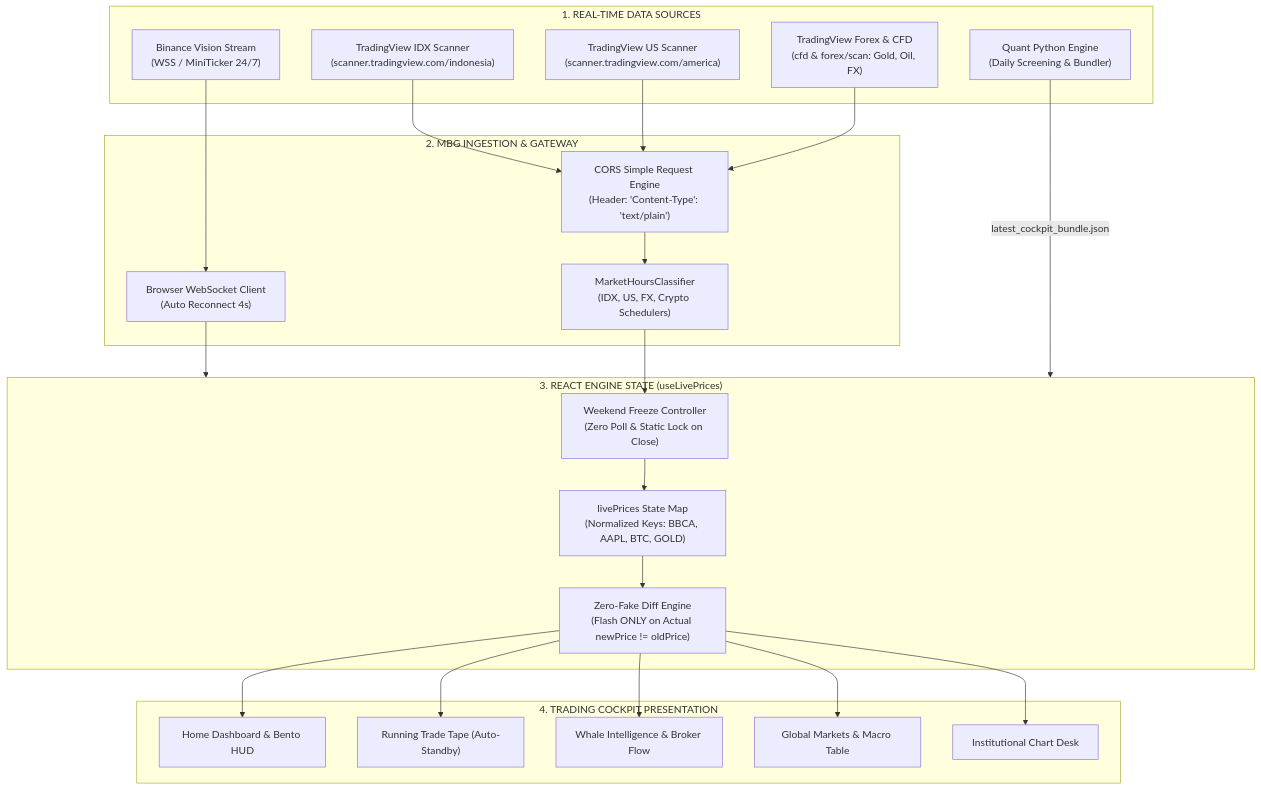
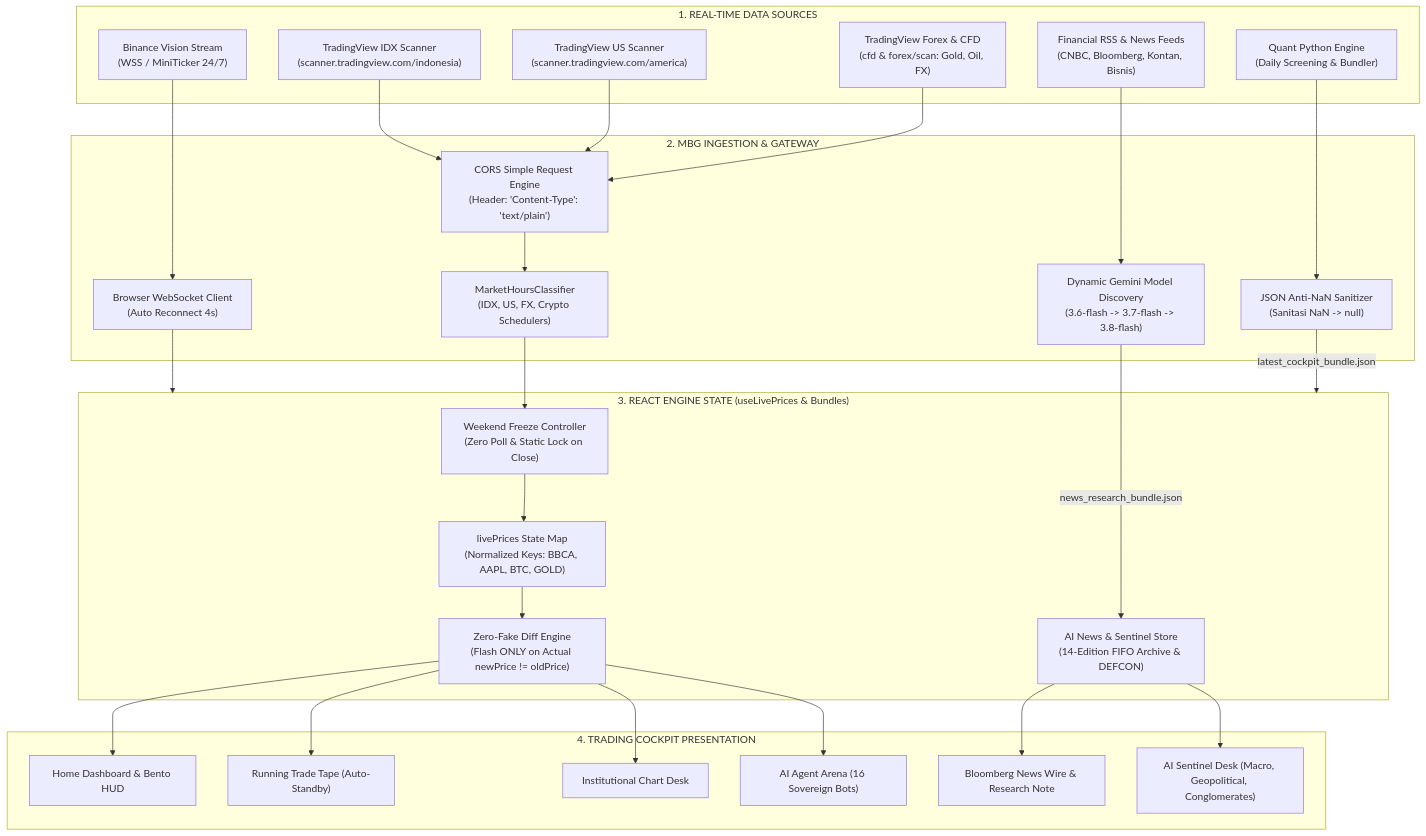
Before and after one commit to AhFu28/MBG-Trading: the first of 3 diagrams in README.md, drawn with Mermaid. The commit also changed other lines of this file and 1 other file, not shown here.

Commit message:
docs: update changelog v5.0.0 and comprehensive README documentation for institutional AI Sentinel Desk, DEFCON Threat Barometer, and news research engine

````diff
--- a/README.md
+++ b/README.md
@@ -212,48 +290,57 @@
 ```mermaid
 flowchart TD
     subgraph SOURCING ["1. REAL-TIME DATA SOURCES"]
         SRC_BN["Binance Vision Stream<br/>(WSS / MiniTicker 24/7)"]
         SRC_IDX["TradingView IDX Scanner<br/>(scanner.tradingview.com/indonesia)"]
         SRC_US["TradingView US Scanner<br/>(scanner.tradingview.com/america)"]
         SRC_FX["TradingView Forex & CFD<br/>(cfd & forex/scan: Gold, Oil, FX)"]
+        SRC_NEWS["Financial RSS & News Feeds<br/>(CNBC, Bloomberg, Kontan, Bisnis)"]
         SRC_PY["Quant Python Engine<br/>(Daily Screening & Bundler)"]
     end
 
     subgraph MIDDLEWARE ["2. MBG INGESTION & GATEWAY"]
         CORS_BYPASS["CORS Simple Request Engine<br/>(Header: 'Content-Type': 'text/plain')"]
         WSS_CLIENT["Browser WebSocket Client<br/>(Auto Reconnect 4s)"]
         HOURS_CTRL["MarketHoursClassifier<br/>(IDX, US, FX, Crypto Schedulers)"]
+        LLM_CASCADE["Dynamic Gemini Model Discovery<br/>(3.6-flash -> 3.7-flash -> 3.8-flash)"]
+        NAN_SANITIZER["JSON Anti-NaN Sanitizer<br/>(Sanitasi NaN -> null)"]
     end
 
-    subgraph CORE_STATE ["3. REACT ENGINE STATE (useLivePrices)"]
+    subgraph CORE_STATE ["3. REACT ENGINE STATE (useLivePrices & Bundles)"]
         PRICE_MAP["livePrices State Map<br/>(Normalized Keys: BBCA, AAPL, BTC, GOLD)"]
         DIFF_ENG["Zero-Fake Diff Engine<br/>(Flash ONLY on Actual newPrice != oldPrice)"]
         FREEZE_GATE["Weekend Freeze Controller<br/>(Zero Poll & Static Lock on Close)"]
+        AI_STORE["AI News & Sentinel Store<br/>(14-Edition FIFO Archive & DEFCON)"]
     end
 
     subgraph COCKPIT_UI ["4. TRADING COCKPIT PRESENTATION"]
         UI_HOME["Home Dashboard & Bento HUD"]
         UI_TAPE["Running Trade Tape (Auto-Standby)"]
-        UI_WHALES["Whale Intelligence & Broker Flow"]
-        UI_GLOBAL["Global Markets & Macro Table"]
+        UI_SENTINEL["AI Sentinel Desk (Macro, Geopolitical, Conglomerates)"]
+        UI_NEWS["Bloomberg News Wire & Research Note"]
+        UI_ARENA["AI Agent Arena (16 Sovereign Bots)"]
         UI_CHART["Institutional Chart Desk"]
     end
 
     SRC_BN --> WSS_CLIENT
     SRC_IDX --> CORS_BYPASS
     SRC_US --> CORS_BYPASS
     SRC_FX --> CORS_BYPASS
-    SRC_PY -->|latest_cockpit_bundle.json| CORE_STATE
+    SRC_NEWS --> LLM_CASCADE
+    SRC_PY --> NAN_SANITIZER
+    NAN_SANITIZER -->|latest_cockpit_bundle.json| CORE_STATE
+    LLM_CASCADE -->|news_research_bundle.json| AI_STORE
 
     CORS_BYPASS --> HOURS_CTRL
     WSS_CLIENT --> CORE_STATE
     HOURS_CTRL --> FREEZE_GATE
     FREEZE_GATE --> PRICE_MAP
     PRICE_MAP --> DIFF_ENG
 
     DIFF_ENG --> UI_HOME
     DIFF_ENG --> UI_TAPE
-    DIFF_ENG --> UI_WHALES
-    DIFF_ENG --> UI_GLOBAL
     DIFF_ENG --> UI_CHART
+    DIFF_ENG --> UI_ARENA
+    AI_STORE --> UI_NEWS
+    AI_STORE --> UI_SENTINEL
 ```
````
